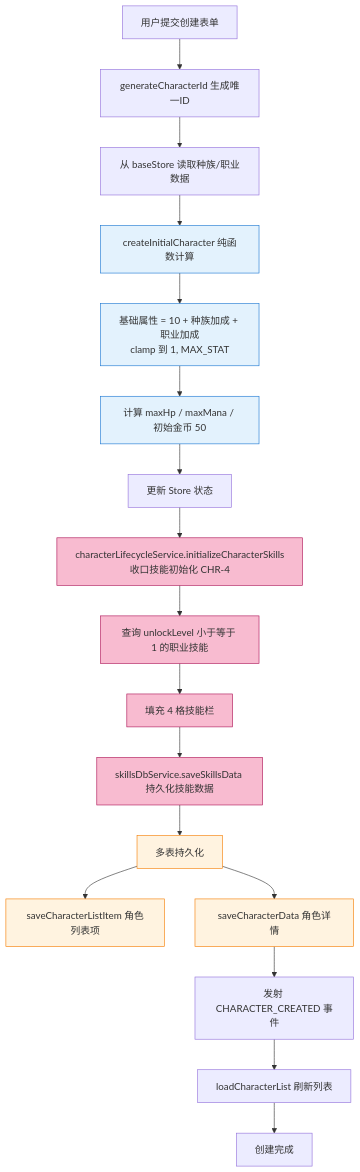
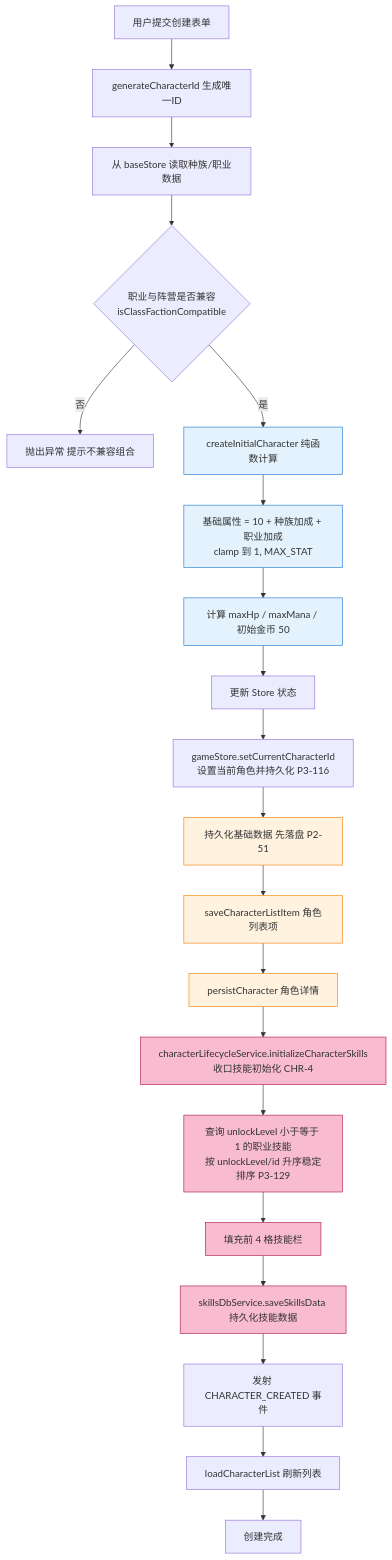
Before and after one commit to SonDemigods/wow_dnd: the fourth of 18 diagrams in doc/project/BUSINESS_PROCESSES.md, drawn with Mermaid. The commit also changed other lines of this file and 55 other files, not shown here.

````diff
--- a/doc/project/BUSINESS_PROCESSES.md
+++ b/doc/project/BUSINESS_PROCESSES.md
@@ -30,26 +217,29 @@
 ```mermaid
 flowchart TD
     A[用户提交创建表单] --> B[generateCharacterId 生成唯一ID]
     B --> C[从 baseStore 读取种族/职业数据]
-    C --> D[createInitialCharacter 纯函数计算]
+    C --> C0{职业与阵营是否兼容<br/>isClassFactionCompatible}
+    C0 -- 否 --> X[抛出异常 提示不兼容组合]
+    C0 -- 是 --> D[createInitialCharacter 纯函数计算]
     D --> D1[基础属性 = 10 + 种族加成 + 职业加成<br/>clamp 到 1, MAX_STAT]
     D1 --> D2[计算 maxHp / maxMana / 初始金币 50]
     D2 --> E[更新 Store 状态]
-    E --> F[characterLifecycleService.initializeCharacterSkills<br/>收口技能初始化 CHR-4]
-    F --> F1[查询 unlockLevel 小于等于 1 的职业技能]
-    F1 --> F2[填充 4 格技能栏]
-    F2 --> F3[skillsDbService.saveSkillsData 持久化技能数据]
-    F3 --> G[多表持久化]
-    G --> G1[saveCharacterListItem 角色列表项]
-    G --> G1a[saveCharacterData 角色详情]
-    G1a --> H[发射 CHARACTER_CREATED 事件]
+    E --> E1[gameStore.setCurrentCharacterId<br/>设置当前角色并持久化 P3-116]
+    E1 --> F[持久化基础数据 先落盘 P2-51]
+    F --> F1[saveCharacterListItem 角色列表项]
+    F1 --> F2[persistCharacter 角色详情]
+    F2 --> G[characterLifecycleService.initializeCharacterSkills<br/>收口技能初始化 CHR-4]
+    G --> G1[查询 unlockLevel 小于等于 1 的职业技能<br/>按 unlockLevel/id 升序稳定排序 P3-129]
+    G1 --> G2[填充前 4 格技能栏]
+    G2 --> G3[skillsDbService.saveSkillsData 持久化技能数据]
+    G3 --> H[发射 CHARACTER_CREATED 事件]
     H --> I[loadCharacterList 刷新列表]
     I --> J[创建完成]
 
     classDef pure fill:#e3f2fd,stroke:#1976d2
     classDef persist fill:#fff3e0,stroke:#f57c00
     classDef svc fill:#f8bbd0,stroke:#ad1457
     class D,D1,D2 pure
-    class F,F1,F2,F3 svc
-    class G,G1,G1a persist
+    class F,F1,F2 persist
+    class G,G1,G2,G3 svc
 ```
````
